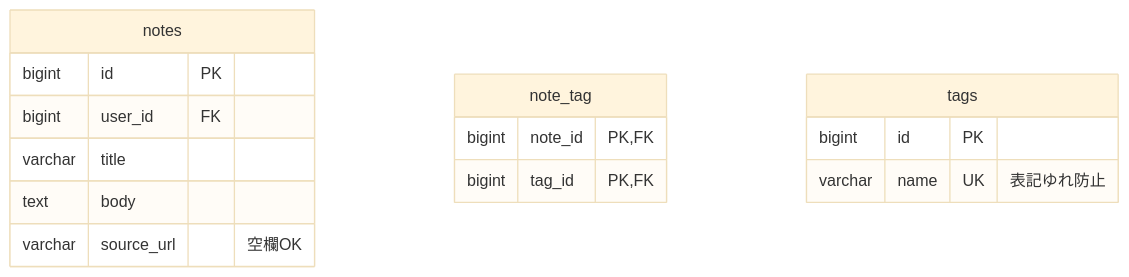
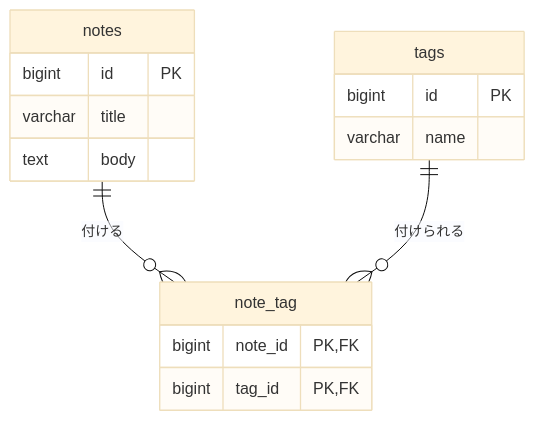
Before and after one commit to kamakiri604/Study-Note: the third of 3 diagrams in documents/Design.md, drawn with Mermaid (base theme).

````diff
--- a/documents/Design.md
+++ b/documents/Design.md
@@ -92,18 +92,20 @@
 ```mermaid
 erDiagram
+%% テーブル同士のつながり
+  notes ||--o{ note_tag : "付ける"
+  tags  ||--o{ note_tag : "付けられる"
+
   notes {
     bigint id PK
-    bigint user_id FK
     varchar title
     text body
-    varchar source_url "空欄OK"
   }
   note_tag {
     bigint note_id PK, FK
     bigint tag_id PK, FK
   }
   tags {
     bigint id PK
-    varchar name UK "表記ゆれ防止"
+    varchar name 
   }
 ```
````
